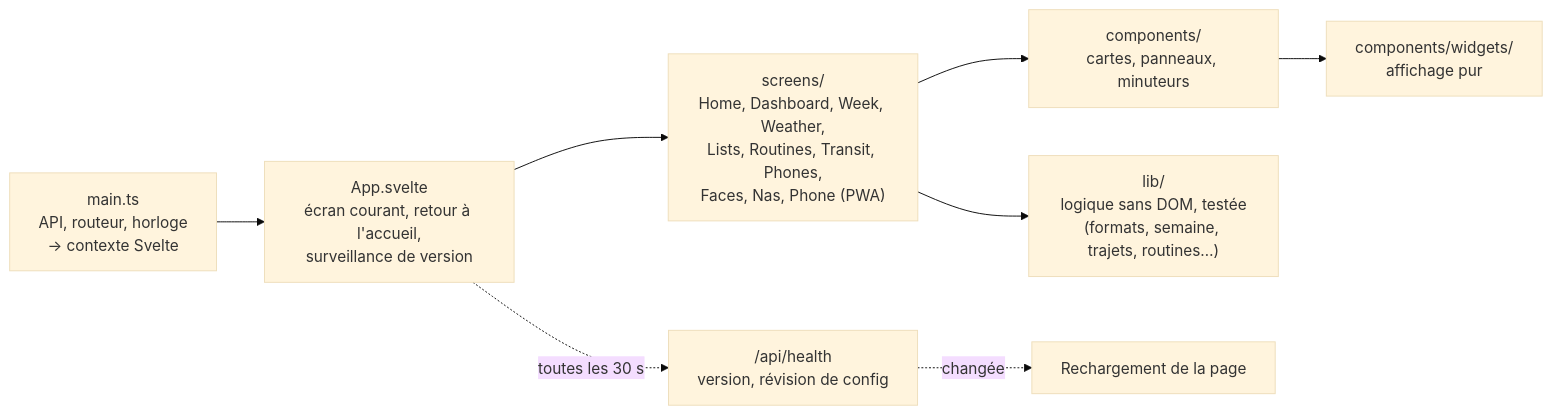
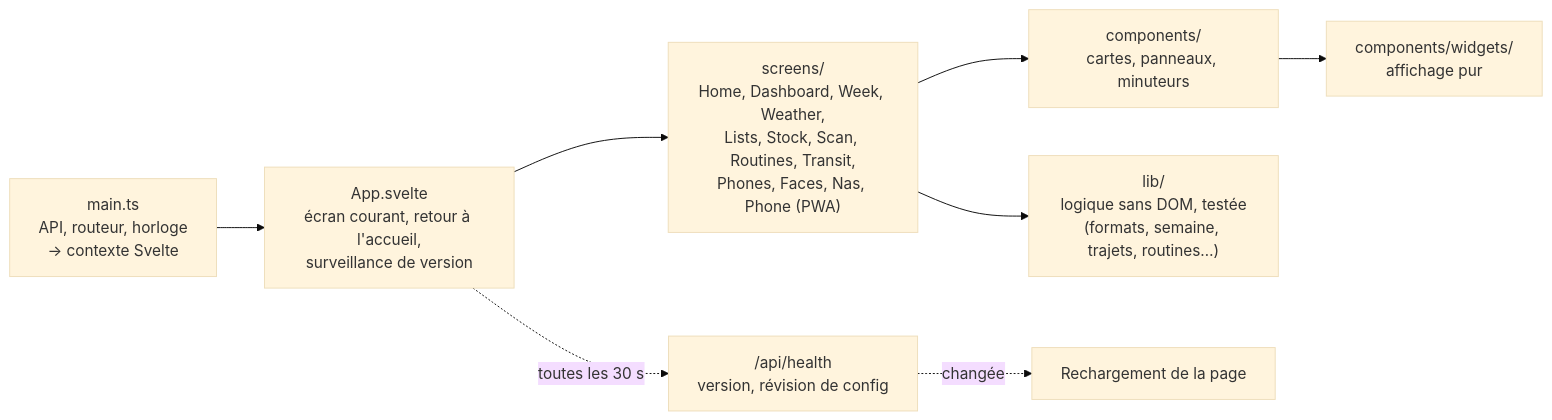
Before and after one commit to DeafLight/homehub: the third of 11 diagrams in docs/architecture.md, drawn with Mermaid (base theme). The commit also changed other lines of this file and 55 other files, not shown here.

````diff
--- a/docs/architecture.md
+++ b/docs/architecture.md
@@ -83,10 +84,10 @@
 ```mermaid
 flowchart LR
   main["main.ts<br/>API, routeur, horloge<br/>→ contexte Svelte"] --> app["App.svelte<br/>écran courant, retour à l'accueil,<br/>surveillance de version"]
-  app --> ecrans["screens/<br/>Home, Dashboard, Week, Weather,<br/>Lists, Routines, Transit, Phones,<br/>Faces, Nas, Phone (PWA)"]
+  app --> ecrans["screens/<br/>Home, Dashboard, Week, Weather,<br/>Lists, Stock, Scan, Routines, Transit,<br/>Phones, Faces, Nas, Phone (PWA)"]
   ecrans --> comp["components/<br/>cartes, panneaux, minuteurs"]
   comp --> widgets["components/widgets/<br/>affichage pur"]
   ecrans --> lib["lib/<br/>logique sans DOM, testée<br/>(formats, semaine, trajets, routines…)"]
   app -. "toutes les 30 s" .-> health["/api/health<br/>version, révision de config"]
   health -. "changée" .-> reload["Rechargement de la page"]
 ```
````
